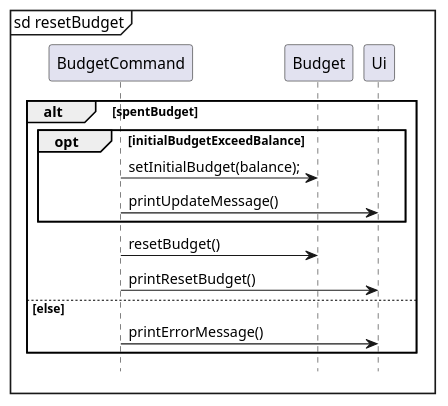
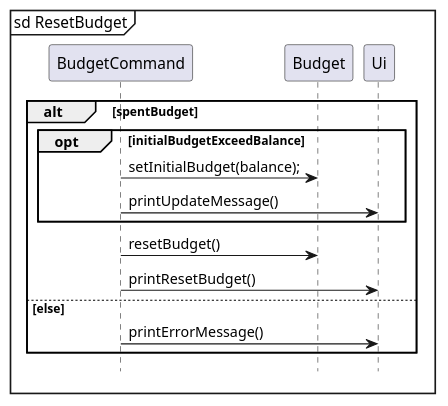
Before and after one commit to nus-cs2113-AY2324S1/tp: the diagram in docs/diagrams/resetBudget.puml, drawn with PlantUML. The commit also changed 8 other files, not shown here.

Commit message:
Change names in diagram

```diff
--- a/docs/diagrams/resetBudget.puml
+++ b/docs/diagrams/resetBudget.puml
@@ -1,20 +1,20 @@
 @startuml
 
-mainframe sd resetBudget
+mainframe sd ResetBudget
 participant BudgetCommand
 participant Budget
 participant Ui
 
 alt spentBudget
     opt initialBudgetExceedBalance
         BudgetCommand -> Budget: setInitialBudget(balance);
         BudgetCommand -> Ui: printUpdateMessage()
     end
     BudgetCommand -> Budget: resetBudget()
     BudgetCommand -> Ui: printResetBudget()
 else else
     BudgetCommand -> Ui: printErrorMessage()
 end
 
 hide footbox
 @enduml
```
